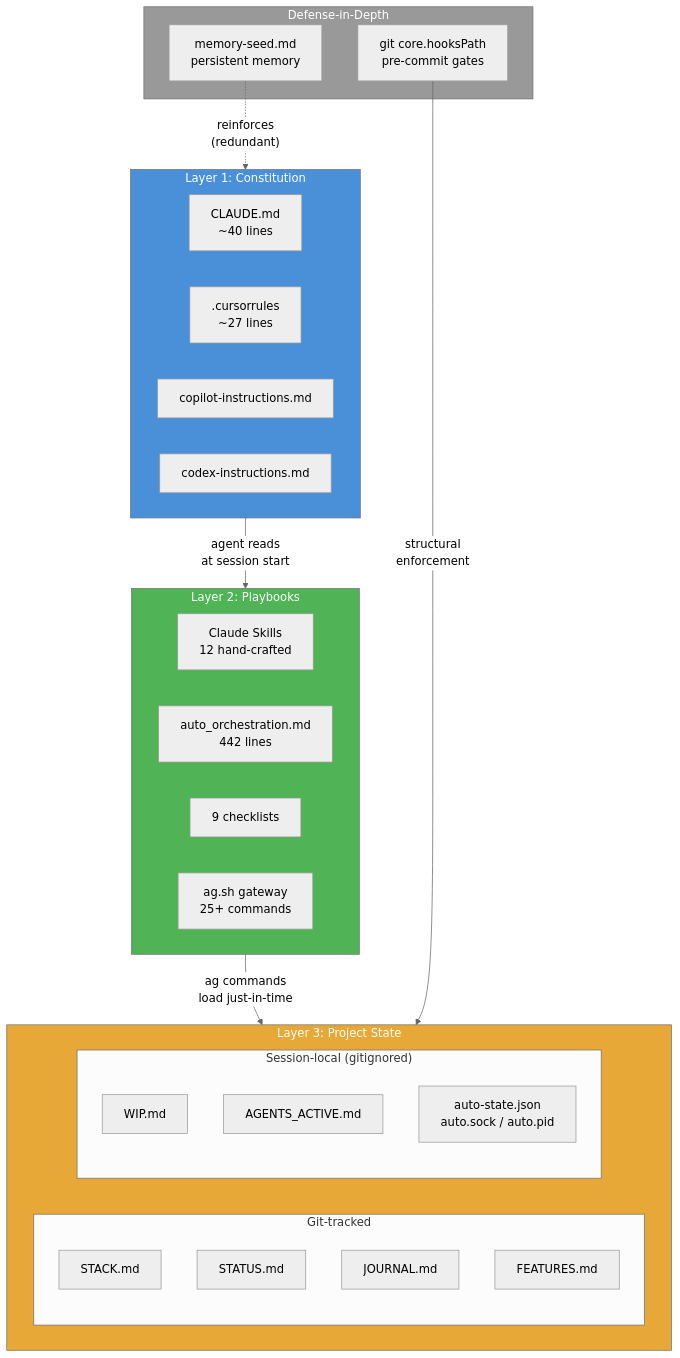
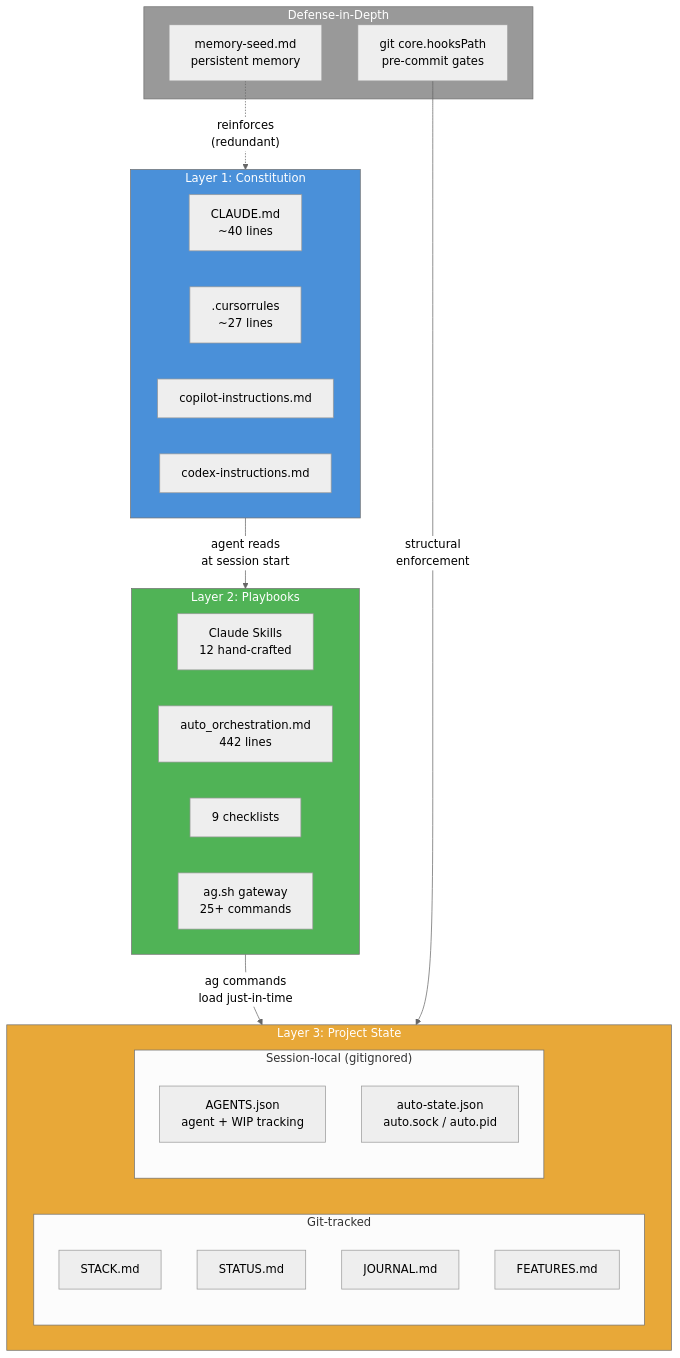
The diagram in docs/INSTRUCTION_ARCHITECTURE.md (tomgun/agentic-framework), drawn with Mermaid (neutral theme) before and after one commit. The commit also changed other lines of this file and 65 other files, not shown here.

First line of the commit message:
feat: replace WIP.md + AGENTS_ACTIVE.md with AGENTS.json registry (F-0194)

````diff
--- a/docs/INSTRUCTION_ARCHITECTURE.md
+++ b/docs/INSTRUCTION_ARCHITECTURE.md
@@ -38,45 +38,44 @@
 ```mermaid
 graph TB
     subgraph L1["Layer 1: Constitution"]
         CLAUDE[CLAUDE.md<br/>~40 lines]
         CURSOR[.cursorrules<br/>~27 lines]
         COPILOT[copilot-instructions.md]
         CODEX[codex-instructions.md]
     end
 
     subgraph L2["Layer 2: Playbooks"]
         SKILLS[Claude Skills<br/>12 hand-crafted]
         AUTO_ORCH[auto_orchestration.md<br/>442 lines]
         CHECKLISTS[9 checklists]
         AG[ag.sh gateway<br/>25+ commands]
     end
 
     subgraph L3["Layer 3: Project State"]
         subgraph GIT_TRACKED["Git-tracked"]
             STACK[STACK.md]
             STATUS[STATUS.md]
             JOURNAL[JOURNAL.md]
             FEATURES[FEATURES.md]
         end
         subgraph SESSION["Session-local (gitignored)"]
-            WIP[WIP.md]
-            AGENTS_ACTIVE[AGENTS_ACTIVE.md]
+            AGENTS_JSON[AGENTS.json<br/>agent + WIP tracking]
             AUTO_STATE[auto-state.json<br/>auto.sock / auto.pid]
         end
     end
 
     subgraph DEFENSE["Defense-in-Depth"]
         MEMORY[memory-seed.md<br/>persistent memory]
         HOOKS[git core.hooksPath<br/>pre-commit gates]
     end
 
     L1 -->|"agent reads<br/>at session start"| L2
     L2 -->|"ag commands<br/>load just-in-time"| L3
     HOOKS -->|"structural<br/>enforcement"| L3
     MEMORY -.->|"reinforces<br/>(redundant)"| L1
 
     style L1 fill:#4a90d9,color:#fff
     style L2 fill:#50b356,color:#fff
     style L3 fill:#e8a838,color:#fff
     style DEFENSE fill:#999,color:#fff
 ```
````
